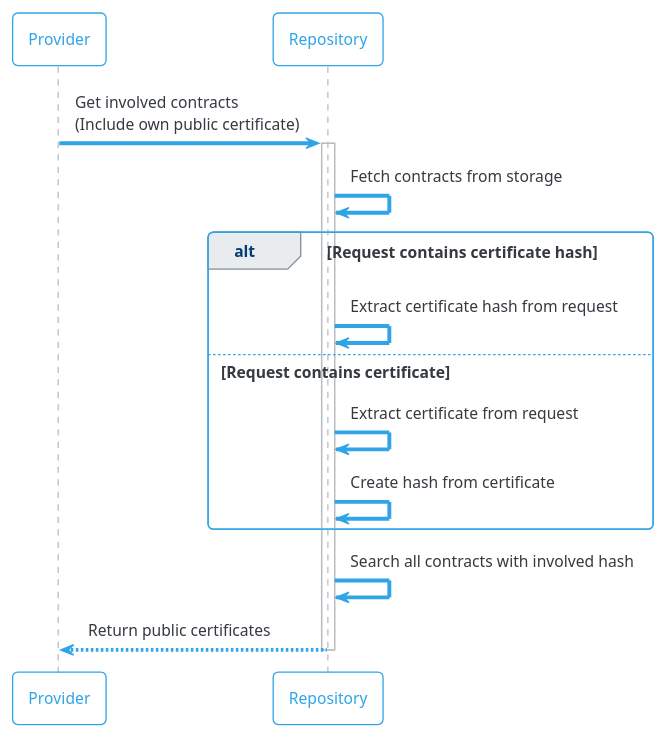
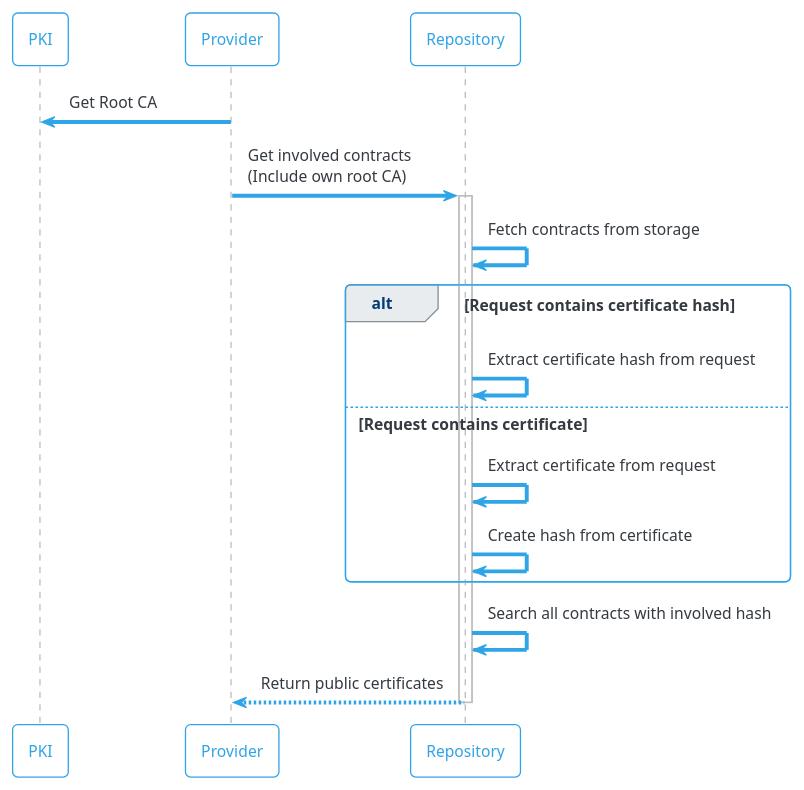
One commit to buehler/mse-master-thesis changed the diagram in diagrams/04_repo_get_certs.puml. Above: the diagram before and after it, drawn with PlantUML. The commit also changed 3 other files, not shown here.

```diff
--- a/diagrams/04_repo_get_certs.puml
+++ b/diagrams/04_repo_get_certs.puml
@@ -1,19 +1,21 @@
 @startuml
 !theme cerulean-outline
 
+participant "PKI" as pki
 participant "Provider" as p
 participant "Repository" as r
 
-p -> r : Get involved contracts\n(Include own public certificate)
+p -> pki : Get Root CA
+p -> r : Get involved contracts\n(Include own root CA)
 activate r
     r -> r : Fetch contracts from storage
     alt Request contains certificate hash
         r -> r : Extract certificate hash from request
     else Request contains certificate
         r -> r : Extract certificate from request
         r -> r : Create hash from certificate
     end
     r -> r : Search all contracts with involved hash
 return Return public certificates
 
 @enduml
```
